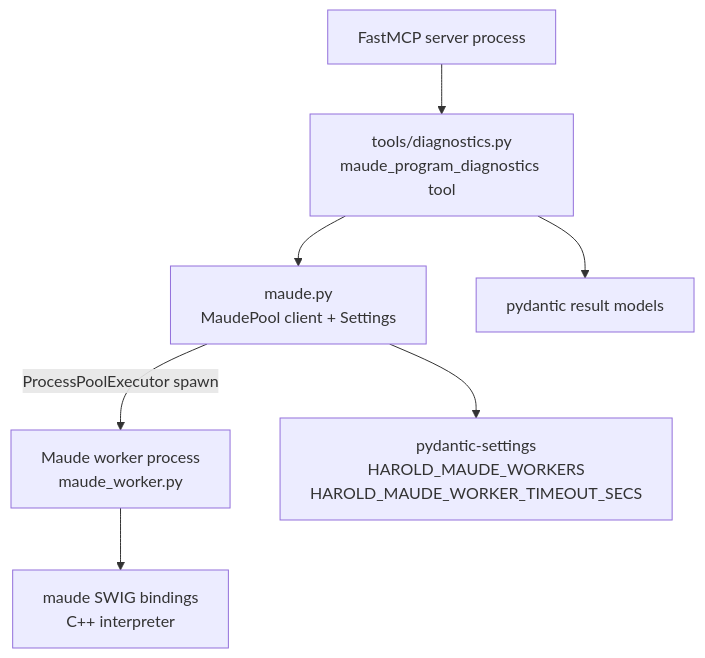
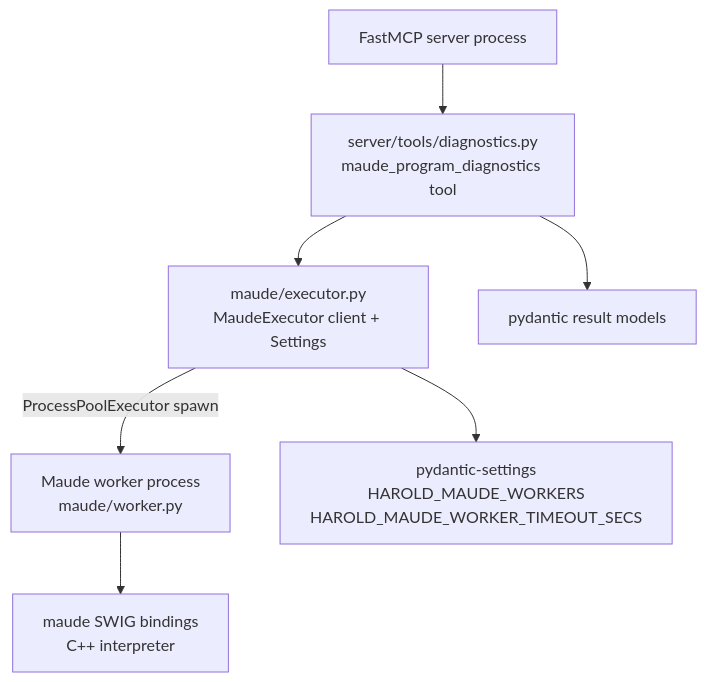
Before and after one commit to demiourgoi/Harold: the first of 5 diagrams in harold-mcp/.agents/planning/maude-diagnostics-tool-v1/design/detailed-design.md, drawn with Mermaid. The commit also changed other lines of this file and 1 other file, not shown here.

````diff
--- a/harold-mcp/.agents/planning/maude-diagnostics-tool-v1/design/detailed-design.md
+++ b/harold-mcp/.agents/planning/maude-diagnostics-tool-v1/design/detailed-design.md
@@ -79,9 +89,9 @@
 ```mermaid
 graph TB
-    A[FastMCP server process] --> B[tools/diagnostics.py<br>maude_program_diagnostics tool]
-    B --> C[maude.py<br>MaudePool client + Settings]
+    A[FastMCP server process] --> B[server/tools/diagnostics.py<br>maude_program_diagnostics tool]
+    B --> C[maude/executor.py<br>MaudeExecutor client + Settings]
     B --> D[pydantic result models]
-    C -->|ProcessPoolExecutor spawn| E[Maude worker process<br>maude_worker.py]
+    C -->|ProcessPoolExecutor spawn| E[Maude worker process<br>maude/worker.py]
     E --> F[maude SWIG bindings<br>C++ interpreter]
     C --> G[pydantic-settings<br>HAROLD_MAUDE_WORKERS<br>HAROLD_MAUDE_WORKER_TIMEOUT_SECS]
 ```
````
